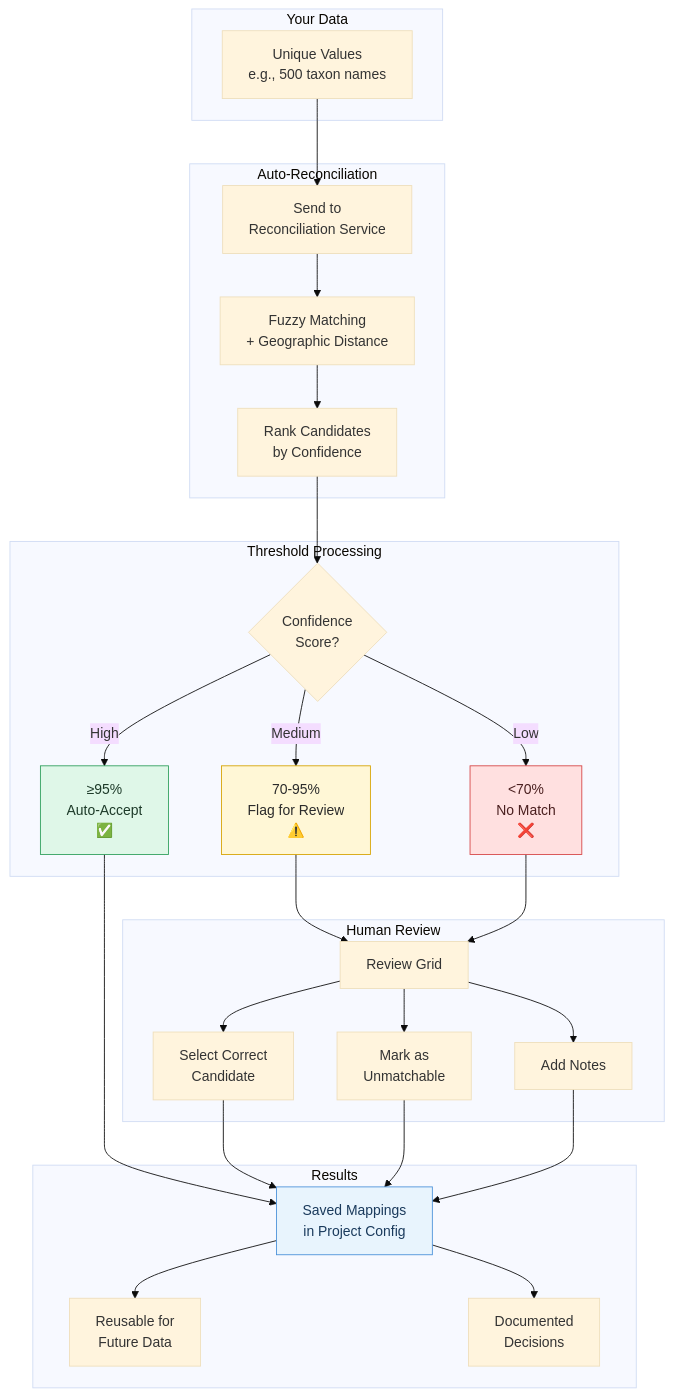
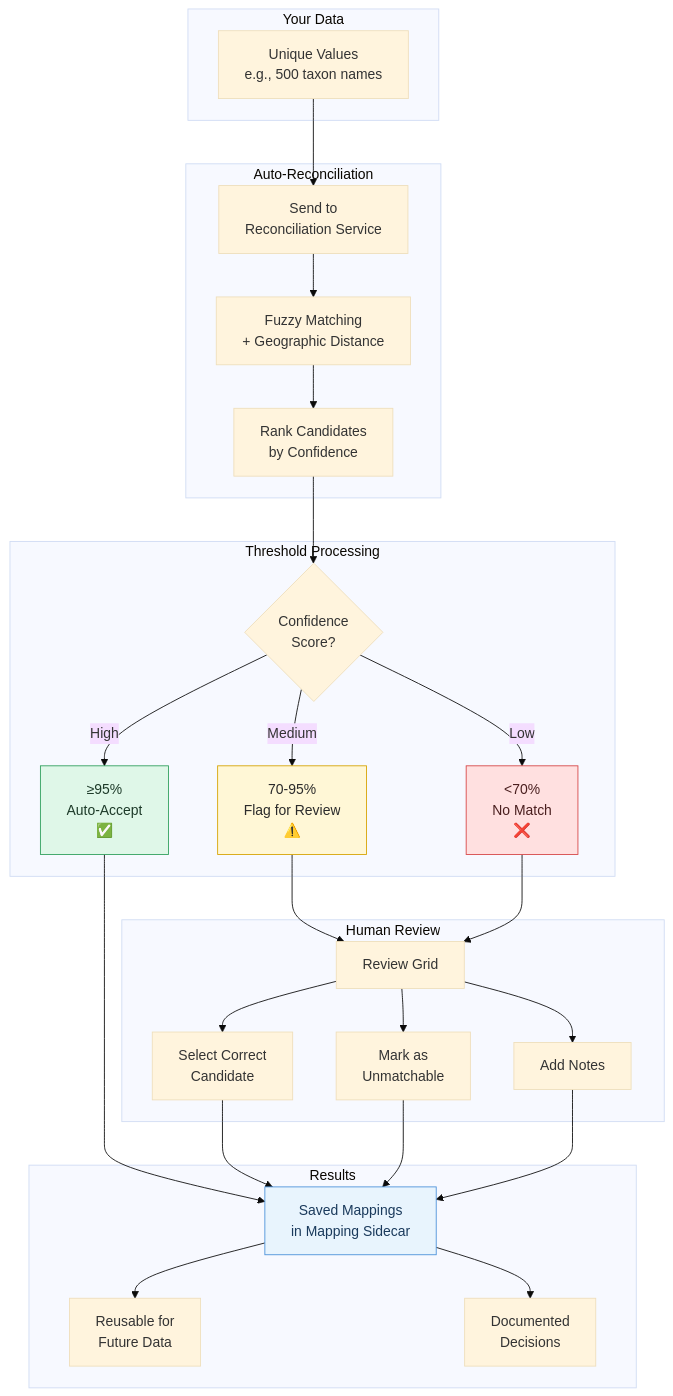
One commit to humlab-sead/sead_shape_shifter changed the seventh of 24 diagrams in docs/DIAGRAMS.md. Above: the diagram before and after it, drawn with Mermaid (base theme).

Commit message:
docs: update diagram to reflect mapping sidecar instead of project config

````diff
--- a/docs/DIAGRAMS.md
+++ b/docs/DIAGRAMS.md
@@ -357,66 +357,66 @@
 ```mermaid
 flowchart TB
     subgraph "Your Data"
         YD[Unique Values<br/>e.g., 500 taxon names]
     end
     
     subgraph "Auto-Reconciliation"
         AR1[Send to<br/>Reconciliation Service]
         AR2[Fuzzy Matching<br/>+ Geographic Distance]
         AR3[Rank Candidates<br/>by Confidence]
     end
     
     subgraph "Threshold Processing"
         TP1{Confidence<br/>Score?}
         TP2[≥95%<br/>Auto-Accept<br/>✅]
         TP3[70-95%<br/>Flag for Review<br/>⚠️]
         TP4[<70%<br/>No Match<br/>❌]
     end
     
     subgraph "Human Review"
         HR1[Review Grid]
         HR2[Select Correct<br/>Candidate]
         HR3[Mark as<br/>Unmatchable]
         HR4[Add Notes]
     end
     
     subgraph "Results"
-        R1[Saved Mappings<br/>in Project Config]
+        R1[Saved Mappings<br/>in Mapping Sidecar]
         R2[Reusable for<br/>Future Data]
         R3[Documented<br/>Decisions]
     end
     
     YD --> AR1
     AR1 --> AR2
     AR2 --> AR3
     AR3 --> TP1
     
     TP1 -->|High| TP2
     TP1 -->|Medium| TP3
     TP1 -->|Low| TP4
     
     TP2 --> R1
     TP3 --> HR1
     TP4 --> HR1
     
     HR1 --> HR2
     HR1 --> HR3
     HR1 --> HR4
     
     HR2 --> R1
     HR3 --> R1
     HR4 --> R1
     
     R1 --> R2
     R1 --> R3
 
     classDef autoAccept fill:#dff7e8,stroke:#2e9f5b,color:#1d3a29;
     classDef flagged fill:#fff7d6,stroke:#d6a300,color:#2b2b2b;
     classDef noMatch fill:#ffe0e0,stroke:#d64545,color:#4a1f1f;
     classDef result fill:#e8f4fd,stroke:#4a90d9,color:#1a3a5c;
 
     class TP2 autoAccept;
     class TP3 flagged;
     class TP4 noMatch;
     class R1 result;
 ```
````
